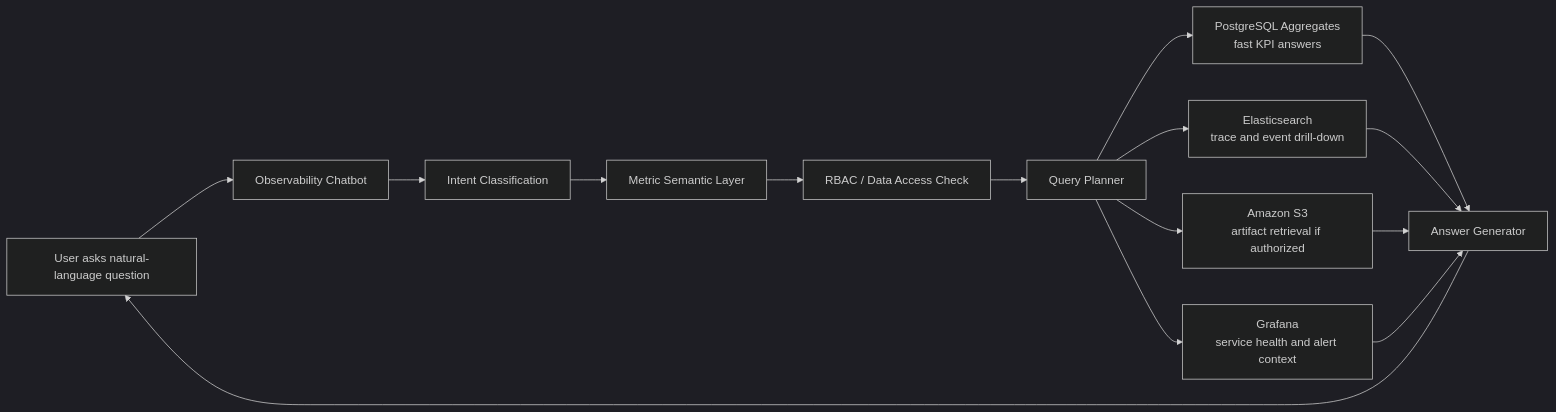
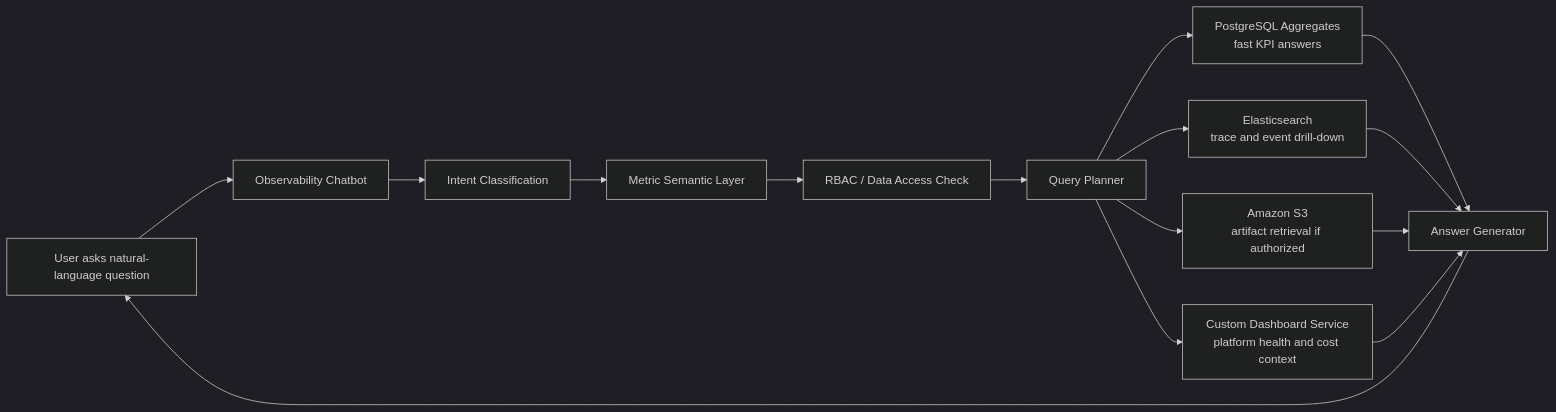
One commit to sana-work/Observability-Plane changed the fourth of 4 diagrams in AI_Services_Platform_Observability_Plane_Architecture_With_IntentIQ_KPIs (1).md. Above: the diagram before and after it, drawn with Mermaid (dark theme). The commit also changed other lines of this file and 5 other files, not shown here.

First line of the commit message:
Enhance Observability Architecture with Custom Dashboard Service

````diff
--- a/AI_Services_Platform_Observability_Plane_Architecture_With_IntentIQ_KPIs (1).md
+++ b/AI_Services_Platform_Observability_Plane_Architecture_With_IntentIQ_KPIs (1).md
@@ -1488,20 +1493,20 @@
 ```mermaid
 flowchart LR
     USER["User asks natural-language question"] --> BOT["Observability Chatbot"]
     BOT --> INTENT["Intent Classification"]
     INTENT --> SEM["Metric Semantic Layer"]
     SEM --> AUTH["RBAC / Data Access Check"]
     AUTH --> PLAN["Query Planner"]
 
     PLAN --> PG["PostgreSQL Aggregates<br/>fast KPI answers"]
     PLAN --> ES["Elasticsearch<br/>trace and event drill-down"]
     PLAN --> S3["Amazon S3<br/>artifact retrieval if authorized"]
-    PLAN --> GRAF["Grafana<br/>service health and alert context"]
+    PLAN --> CUSTOMDASH["Custom Dashboard Service<br/>platform health and cost context"]
 
     PG --> ANSWER["Answer Generator"]
     ES --> ANSWER
     S3 --> ANSWER
-    GRAF --> ANSWER
+    CUSTOMDASH --> ANSWER
 
     ANSWER --> USER
 ```
````
